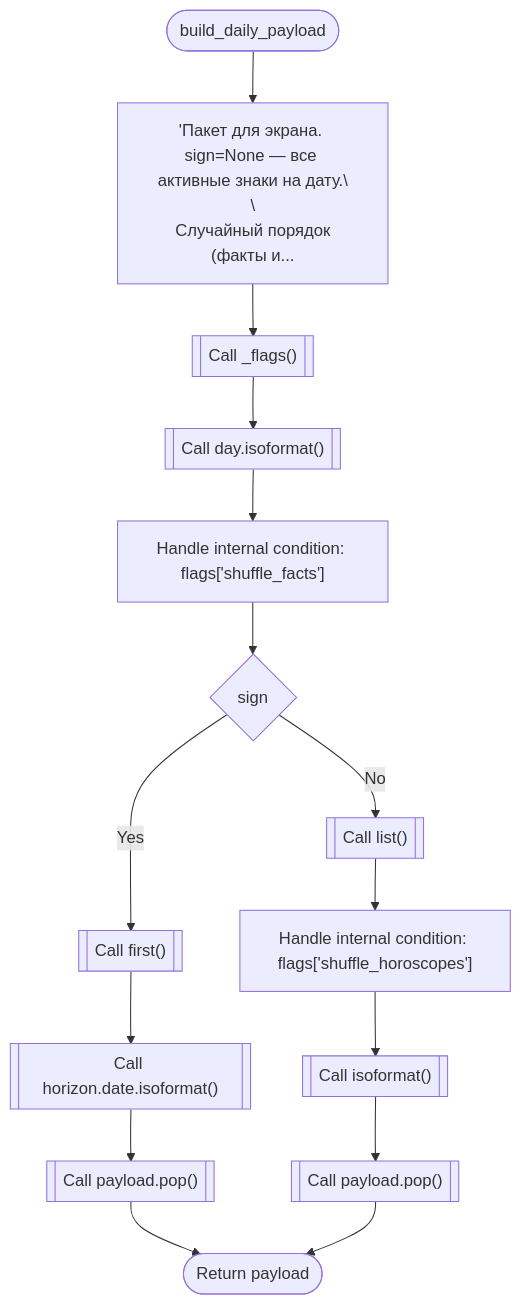
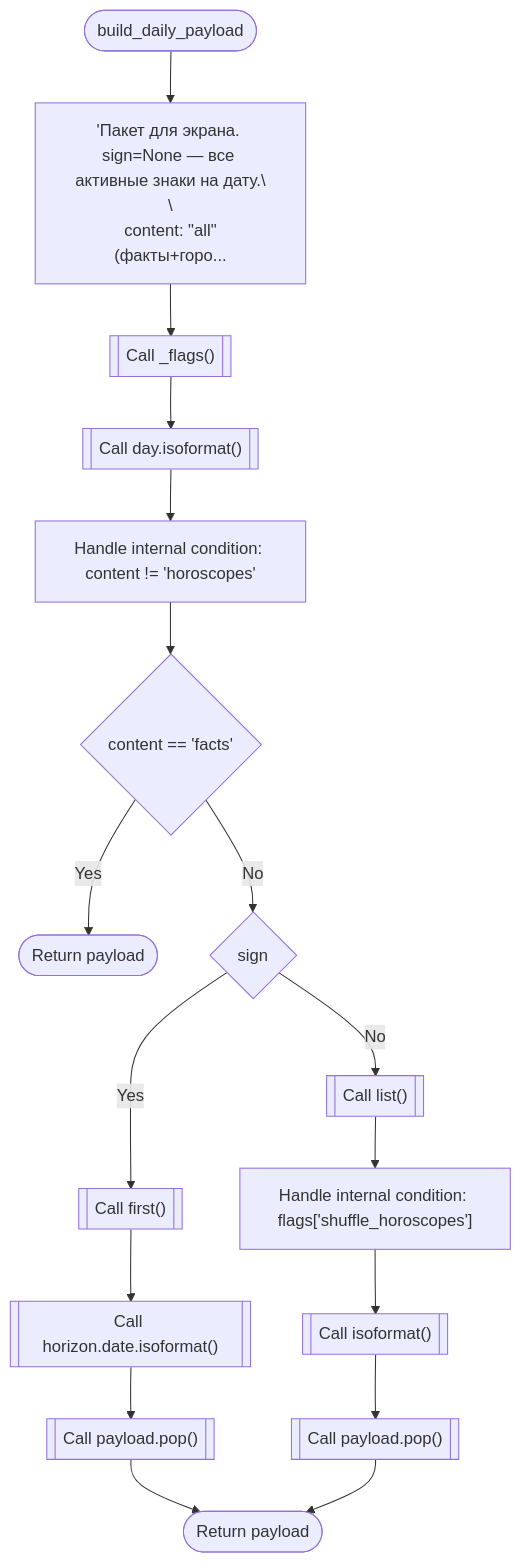
One commit to ihrusl05-rgb/Factoscope changed the ninth of 55 diagrams in codedebrief-out/codedebrief.md. Above: the diagram before and after it, drawn with Mermaid. The commit also changed other lines of this file and 10 other files, not shown here.

````diff
--- a/codedebrief-out/codedebrief.md
+++ b/codedebrief-out/codedebrief.md
@@ -321,31 +316,35 @@
 ```mermaid
 flowchart TD
   mflow_b7bf69317f717ed1_n1(["build_daily_payload"])
-  mflow_b7bf69317f717ed1_n2["'Пакет для экрана. sign=None — все активные знаки на дату.\\n\\n Случайный порядок (факты и..."]
+  mflow_b7bf69317f717ed1_n2["'Пакет для экрана. sign=None — все активные знаки на дату.\\n\\n content: &quot;all&quot; (факты+горо..."]
   mflow_b7bf69317f717ed1_n3[["Call _flags()"]]
   mflow_b7bf69317f717ed1_n4[["Call day.isoformat()"]]
-  mflow_b7bf69317f717ed1_n5["Handle internal condition: flags['shuffle_facts']"]
-  mflow_b7bf69317f717ed1_n6{"sign"}
-  mflow_b7bf69317f717ed1_n7[["Call first()"]]
-  mflow_b7bf69317f717ed1_n8[["Call horizon.date.isoformat()"]]
-  mflow_b7bf69317f717ed1_n9[["Call payload.pop()"]]
-  mflow_b7bf69317f717ed1_n10[["Call list()"]]
-  mflow_b7bf69317f717ed1_n11["Handle internal condition: flags['shuffle_horoscopes']"]
-  mflow_b7bf69317f717ed1_n12[["Call isoformat()"]]
-  mflow_b7bf69317f717ed1_n13[["Call payload.pop()"]]
-  mflow_b7bf69317f717ed1_n14(["Return payload"])
+  mflow_b7bf69317f717ed1_n5["Handle internal condition: content != 'horoscopes'"]
+  mflow_b7bf69317f717ed1_n6{"content == 'facts'"}
+  mflow_b7bf69317f717ed1_n7(["Return payload"])
+  mflow_b7bf69317f717ed1_n8{"sign"}
+  mflow_b7bf69317f717ed1_n9[["Call first()"]]
+  mflow_b7bf69317f717ed1_n10[["Call horizon.date.isoformat()"]]
+  mflow_b7bf69317f717ed1_n11[["Call payload.pop()"]]
+  mflow_b7bf69317f717ed1_n12[["Call list()"]]
+  mflow_b7bf69317f717ed1_n13["Handle internal condition: flags['shuffle_horoscopes']"]
+  mflow_b7bf69317f717ed1_n14[["Call isoformat()"]]
+  mflow_b7bf69317f717ed1_n15[["Call payload.pop()"]]
+  mflow_b7bf69317f717ed1_n16(["Return payload"])
   mflow_b7bf69317f717ed1_n1 --> mflow_b7bf69317f717ed1_n2
   mflow_b7bf69317f717ed1_n2 --> mflow_b7bf69317f717ed1_n3
   mflow_b7bf69317f717ed1_n3 --> mflow_b7bf69317f717ed1_n4
   mflow_b7bf69317f717ed1_n4 --> mflow_b7bf69317f717ed1_n5
   mflow_b7bf69317f717ed1_n5 --> mflow_b7bf69317f717ed1_n6
   mflow_b7bf69317f717ed1_n6 -->|"Yes"| mflow_b7bf69317f717ed1_n7
-  mflow_b7bf69317f717ed1_n7 --> mflow_b7bf69317f717ed1_n8
-  mflow_b7bf69317f717ed1_n8 --> mflow_b7bf69317f717ed1_n9
-  mflow_b7bf69317f717ed1_n6 -->|"No"| mflow_b7bf69317f717ed1_n10
+  mflow_b7bf69317f717ed1_n6 -->|"No"| mflow_b7bf69317f717ed1_n8
+  mflow_b7bf69317f717ed1_n8 -->|"Yes"| mflow_b7bf69317f717ed1_n9
+  mflow_b7bf69317f717ed1_n9 --> mflow_b7bf69317f717ed1_n10
   mflow_b7bf69317f717ed1_n10 --> mflow_b7bf69317f717ed1_n11
-  mflow_b7bf69317f717ed1_n11 --> mflow_b7bf69317f717ed1_n12
+  mflow_b7bf69317f717ed1_n8 -->|"No"| mflow_b7bf69317f717ed1_n12
   mflow_b7bf69317f717ed1_n12 --> mflow_b7bf69317f717ed1_n13
-  mflow_b7bf69317f717ed1_n9 --> mflow_b7bf69317f717ed1_n14
   mflow_b7bf69317f717ed1_n13 --> mflow_b7bf69317f717ed1_n14
+  mflow_b7bf69317f717ed1_n14 --> mflow_b7bf69317f717ed1_n15
+  mflow_b7bf69317f717ed1_n11 --> mflow_b7bf69317f717ed1_n16
+  mflow_b7bf69317f717ed1_n15 --> mflow_b7bf69317f717ed1_n16
 ```
````
